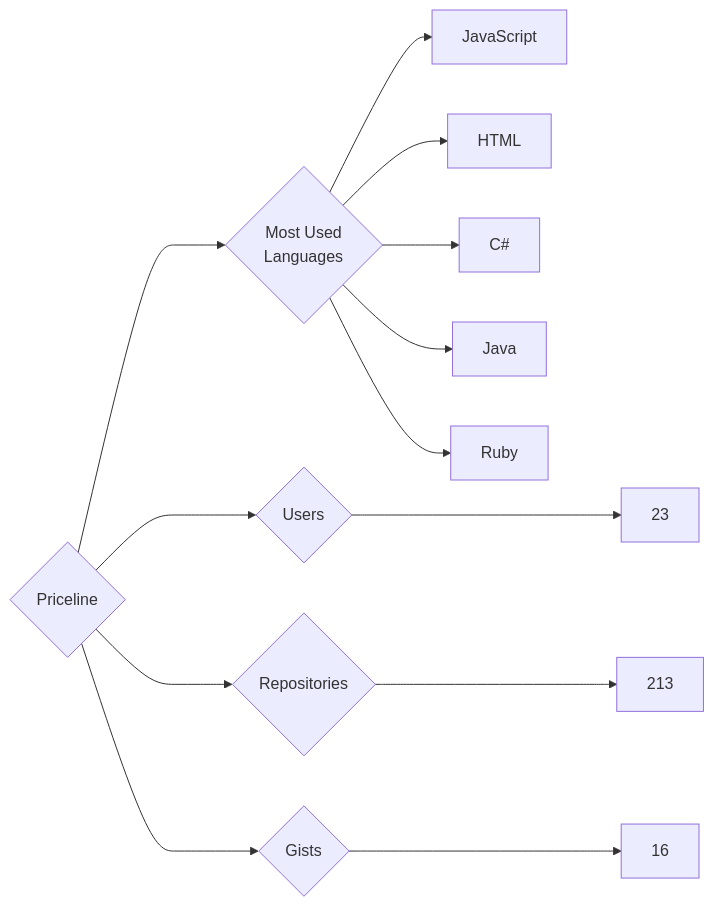
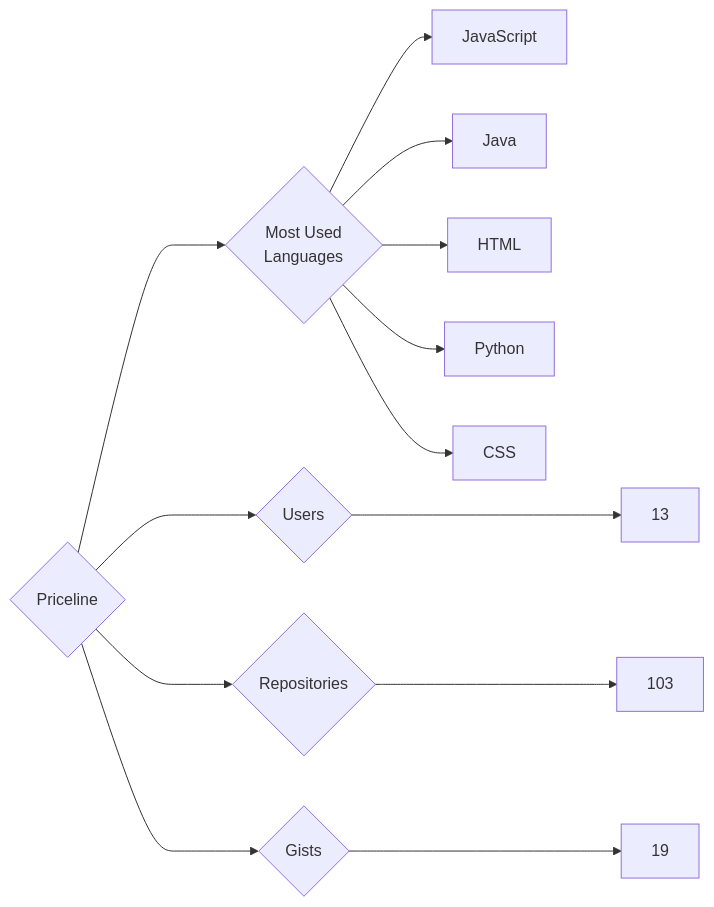
One commit to trickest/insiders changed the diagram in targets/Priceline/README.md. Above: the diagram before and after it, drawn with Mermaid. The commit also changed 829 other files, not shown here.

````diff
--- a/targets/Priceline/README.md
+++ b/targets/Priceline/README.md
@@ -3,13 +3,13 @@
 ```mermaid
 graph LR
 COMPANY_NAME{Priceline}
-COMPANY_NAME ---> U{Users} ---> UN[23]
-COMPANY_NAME ---> R{Repositories} ---> RN[213]
-COMPANY_NAME ---> G{Gists} ---> GN[16]
+COMPANY_NAME ---> U{Users} ---> UN[13]
+COMPANY_NAME ---> R{Repositories} ---> RN[103]
+COMPANY_NAME ---> G{Gists} ---> GN[19]
 COMPANY_NAME ---> ML{Most Used<br>Languages}
 ML --> JavaScript[JavaScript]
+ML --> Java[Java]
 ML --> HTML[HTML]
-ML --> C#[C#]
-ML --> Java[Java]
-ML --> Ruby[Ruby]
+ML --> Python[Python]
+ML --> CSS[CSS]
 ```
````
